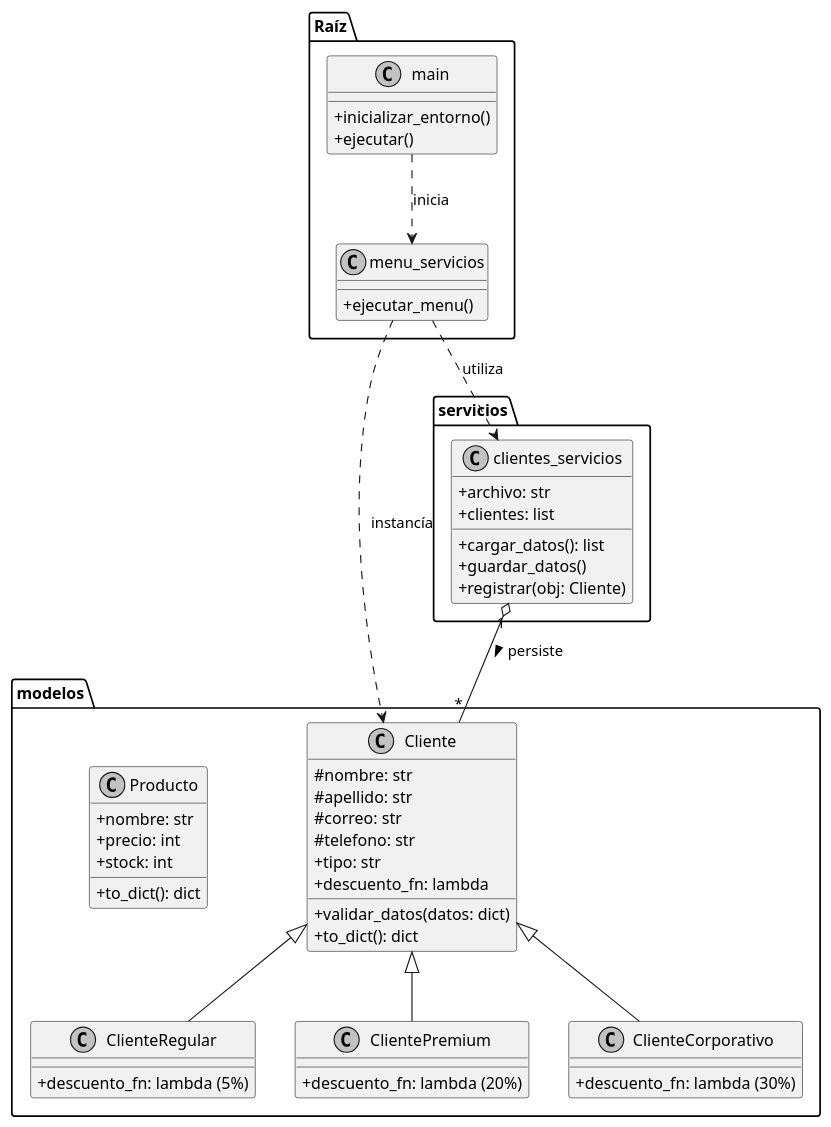
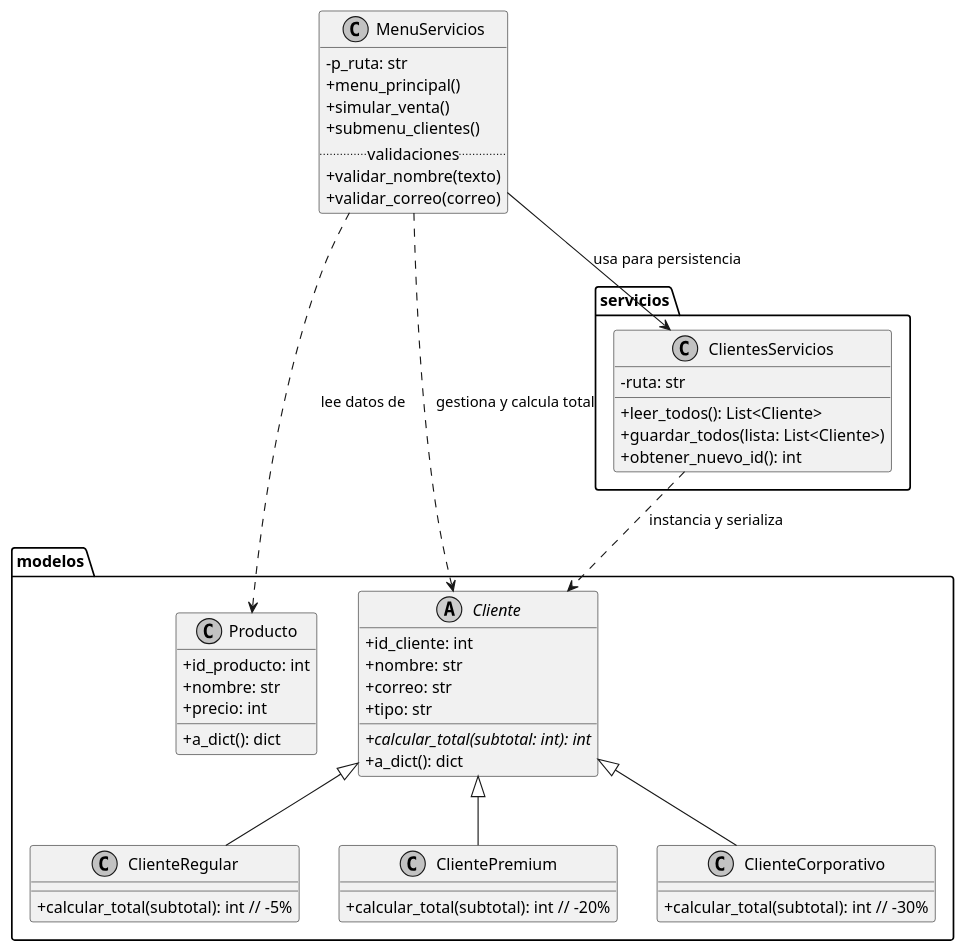
Before and after one commit to Laura-Fel/GIC_SolutionTech: the diagram in docs/diagrama_clases.puml, drawn with PlantUML.

Commit message:
fix: mejora diagrama puml

```diff
--- a/docs/diagrama_clases.puml
+++ b/docs/diagrama_clases.puml
@@ -1,70 +1,63 @@
 @startuml
 skinparam ClassAttributeIconSize 0
 skinparam monochrome true
-skinparam shadowing false
 
 package "modelos" {
-    class Cliente {
-        # nombre: str
-        # apellido: str
-        # correo: str
-        # telefono: str
+    abstract class Cliente {
+        + id_cliente: int
+        + nombre: str
+        + correo: str
         + tipo: str
-        + descuento_fn: lambda
-        + validar_datos(datos: dict)
-        + to_dict(): dict
+        + {abstract} calcular_total(subtotal: int): int
+        + a_dict(): dict
     }
 
     class ClienteRegular {
-        + descuento_fn: lambda (5%)
+        + calcular_total(subtotal): int // -5%
     }
-
     class ClientePremium {
-        + descuento_fn: lambda (20%)
+        + calcular_total(subtotal): int // -20%
     }
-
     class ClienteCorporativo {
-        + descuento_fn: lambda (30%)
+        + calcular_total(subtotal): int // -30%
     }
 
     class Producto {
+        + id_producto: int
         + nombre: str
         + precio: int
-        + stock: int
-        + to_dict(): dict
+        + a_dict(): dict
     }
 }
 
 package "servicios" {
-    class clientes_servicios {
-        + archivo: str
-        + clientes: list
-        + cargar_datos(): list
-        + guardar_datos()
-        + registrar(obj: Cliente)
+    class ClientesServicios {
+        - ruta: str
+        + leer_todos(): List<Cliente>
+        + guardar_todos(lista: List<Cliente>)
+        + obtener_nuevo_id(): int
     }
 }
 
-package "Raíz" {
-    class menu_servicios {
-        + ejecutar_menu()
-    }
-    
-    class main {
-        + inicializar_entorno()
-        + ejecutar()
-    }
+class MenuServicios {
+    - p_ruta: str
+    + menu_principal()
+    + simular_venta()
+    + submenu_clientes()
+    .. validaciones ..
+    + validar_nombre(texto)
+    + validar_correo(correo)
 }
 
-' Relaciones de Herencia
+' Herencia
 Cliente <|-- ClienteRegular
 Cliente <|-- ClientePremium
 Cliente <|-- ClienteCorporativo
 
-' Relaciones de Dependencia y Asociación
-clientes_servicios "1" o-- "*" Cliente : persiste >
-menu_servicios ..> clientes_servicios : utiliza
-menu_servicios ..> Cliente : instancía
-main ..> menu_servicios : inicia
+' Relaciones de dependencia y uso
+MenuServicios --> ClientesServicios : "usa para persistencia"
+MenuServicios ..> Cliente : "gestiona y calcula total"
+MenuServicios ..> Producto : "lee datos de"
+ClientesServicios ..> Cliente : "instancia y serializa"
 
 @enduml
```
